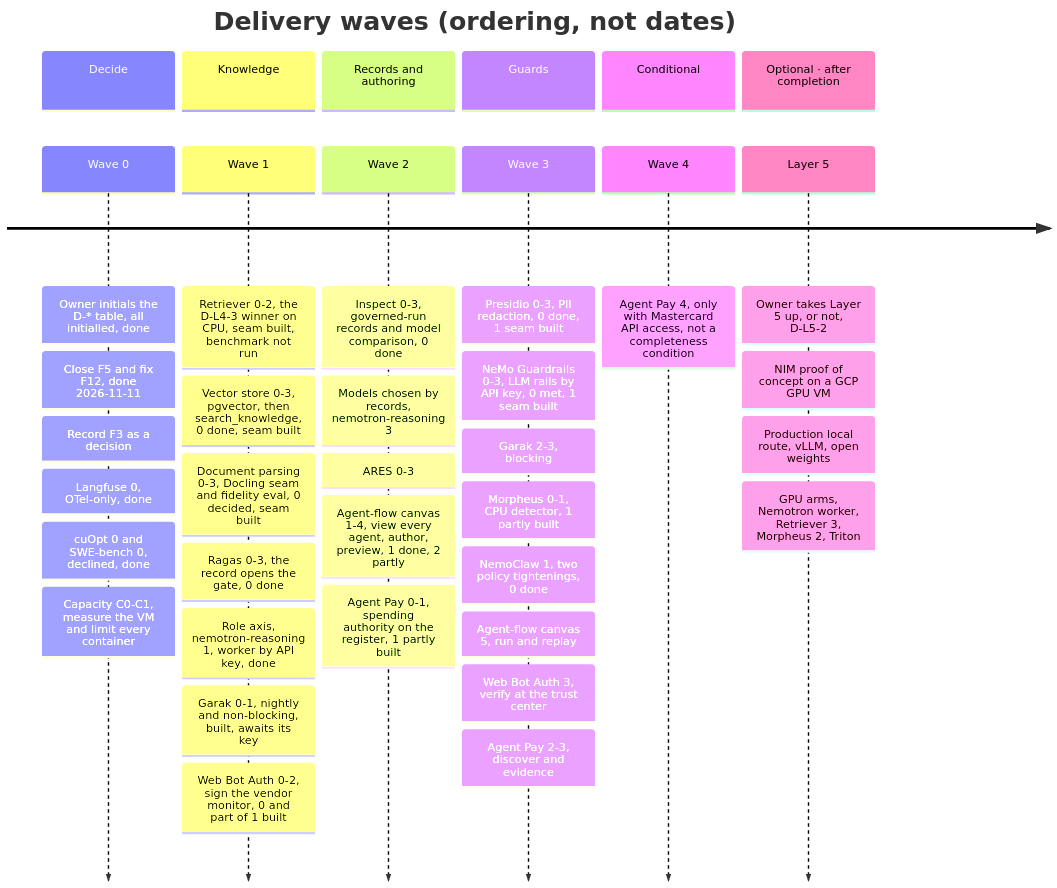
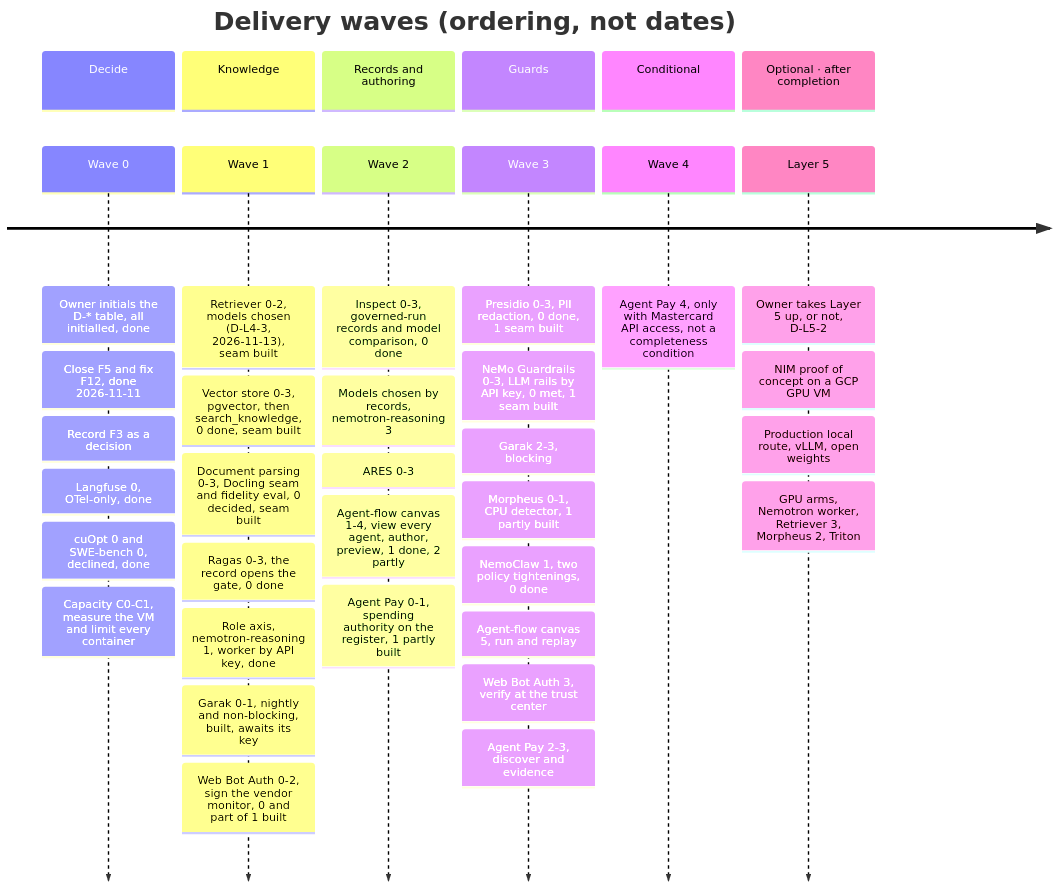
One commit to RodnaPamet/inflect-compliance changed the third of 5 diagrams in docs/ai-architecture-roadmap.md. Above: the diagram before and after it, drawn with Mermaid. The commit also changed other lines of this file and 3 other files, not shown here.

First line of the commit message:
docs: record the retriever benchmark and D-L4-3's decision

````diff
--- a/docs/ai-architecture-roadmap.md
+++ b/docs/ai-architecture-roadmap.md
@@ -889,41 +919,41 @@
 ```mermaid
 timeline
   title Delivery waves (ordering, not dates)
   section Decide
     Wave 0 : Owner initials the D-* table, all initialled, done
            : Close F5 and fix F12, done 2026-11-11
            : Record F3 as a decision
            : Langfuse 0, OTel-only, done
            : cuOpt 0 and SWE-bench 0, declined, done
            : Capacity C0-C1, measure the VM and limit every container
   section Knowledge
-    Wave 1 : Retriever 0-2, the D-L4-3 winner on CPU, seam built, benchmark not run
+    Wave 1 : Retriever 0-2, models chosen (D-L4-3, 2026-11-13), seam built
            : Vector store 0-3, pgvector, then search_knowledge, 0 done, seam built
            : Document parsing 0-3, Docling seam and fidelity eval, 0 decided, seam built
            : Ragas 0-3, the record opens the gate, 0 done
            : Role axis, nemotron-reasoning 1, worker by API key, done
            : Garak 0-1, nightly and non-blocking, built, awaits its key
            : Web Bot Auth 0-2, sign the vendor monitor, 0 and part of 1 built
   section Records and authoring
     Wave 2 : Inspect 0-3, governed-run records and model comparison, 0 done
            : Models chosen by records, nemotron-reasoning 3
            : ARES 0-3
            : Agent-flow canvas 1-4, view every agent, author, preview, 1 done, 2 partly
            : Agent Pay 0-1, spending authority on the register, 1 partly built
   section Guards
     Wave 3 : Presidio 0-3, PII redaction, 0 done, 1 seam built
            : NeMo Guardrails 0-3, LLM rails by API key, 0 met, 1 seam built
            : Garak 2-3, blocking
            : Morpheus 0-1, CPU detector, 1 partly built
            : NemoClaw 1, two policy tightenings, 0 done
            : Agent-flow canvas 5, run and replay
            : Web Bot Auth 3, verify at the trust center
            : Agent Pay 2-3, discover and evidence
   section Conditional
     Wave 4 : Agent Pay 4, only with Mastercard API access, not a completeness condition
   section Optional · after completion
     Layer 5 : Owner takes Layer 5 up, or not, D-L5-2
             : NIM proof of concept on a GCP GPU VM
             : Production local route, vLLM, open weights
             : GPU arms, Nemotron worker, Retriever 3, Morpheus 2, Triton
 ```
````
